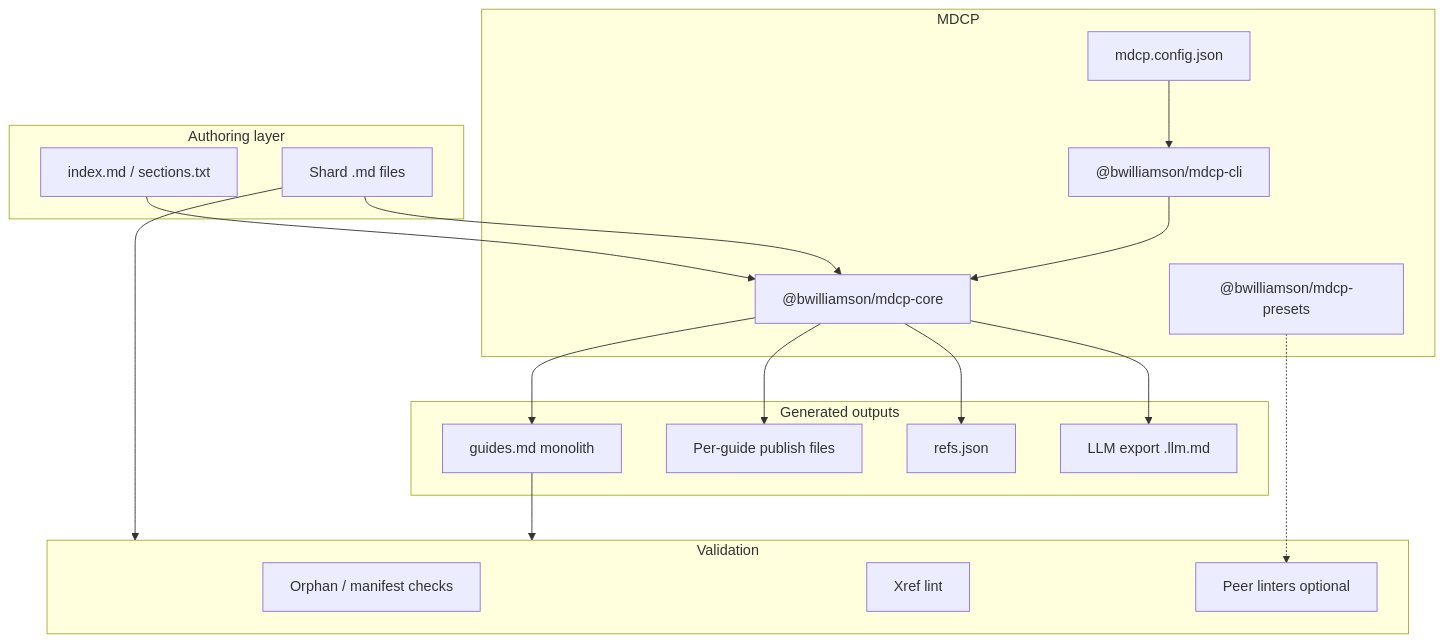
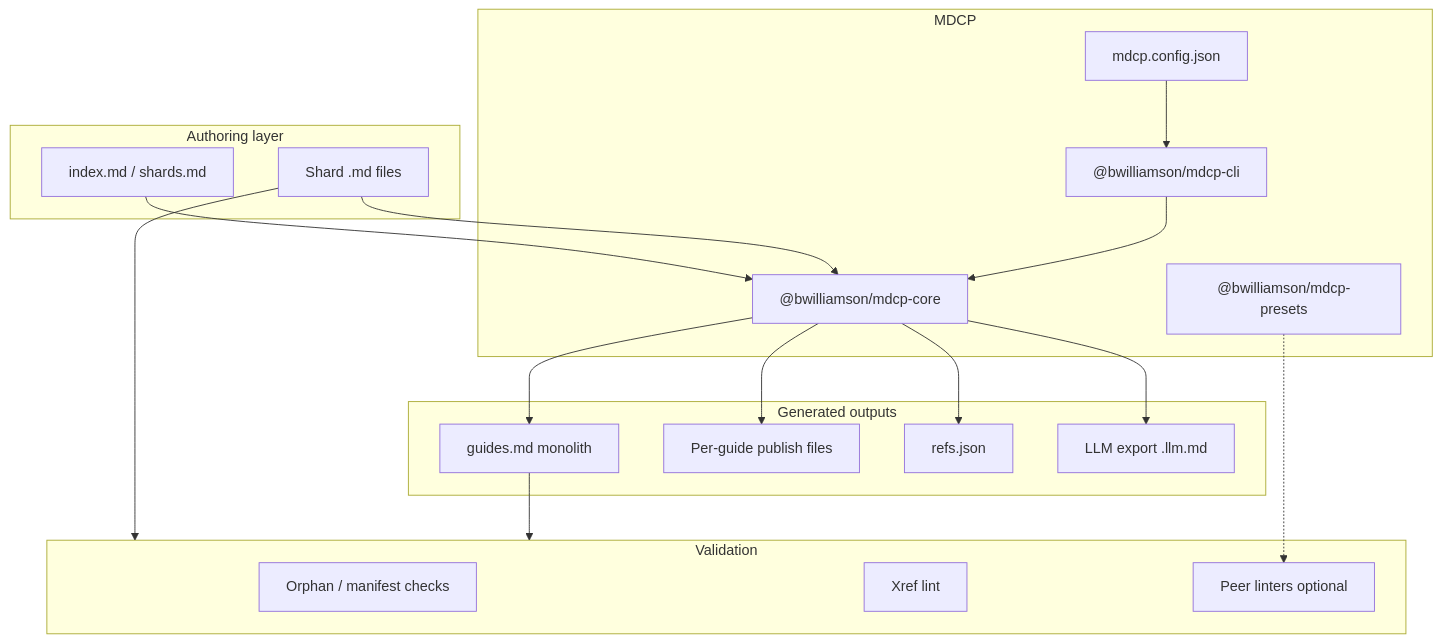
One commit to betsalel-williamson/mdcp changed the diagram in docs/features/overview.md. Above: the diagram before and after it, drawn with Mermaid. The commit also changed other lines of this file and 36 other files, not shown here.

````diff
--- a/docs/features/overview.md
+++ b/docs/features/overview.md
@@ -56,39 +56,39 @@
 ```mermaid
 flowchart TB
   subgraph author["Authoring layer"]
     shards["Shard .md files"]
-    index["index.md / sections.txt"]
+    index["index.md / shards.md"]
   end
 
   subgraph mdcp["MDCP"]
     cli["@bwilliamson/mdcp-cli"]
     core["@bwilliamson/mdcp-core"]
     presets["@bwilliamson/mdcp-presets"]
     config["mdcp.config.json"]
   end
 
   subgraph outputs["Generated outputs"]
     monolith["guides.md monolith"]
     publish["Per-guide publish files"]
     refs["refs.json"]
     llm["LLM export .llm.md"]
   end
 
   subgraph validate["Validation"]
     orphans["Orphan / manifest checks"]
     xrefs["Xref lint"]
     peers["Peer linters optional"]
   end
 
   config --> cli
   cli --> core
   presets -.-> peers
   shards --> core
   index --> core
   core --> monolith
   core --> publish
   core --> refs
   core --> llm
   monolith --> validate
   shards --> validate
 ```
````
